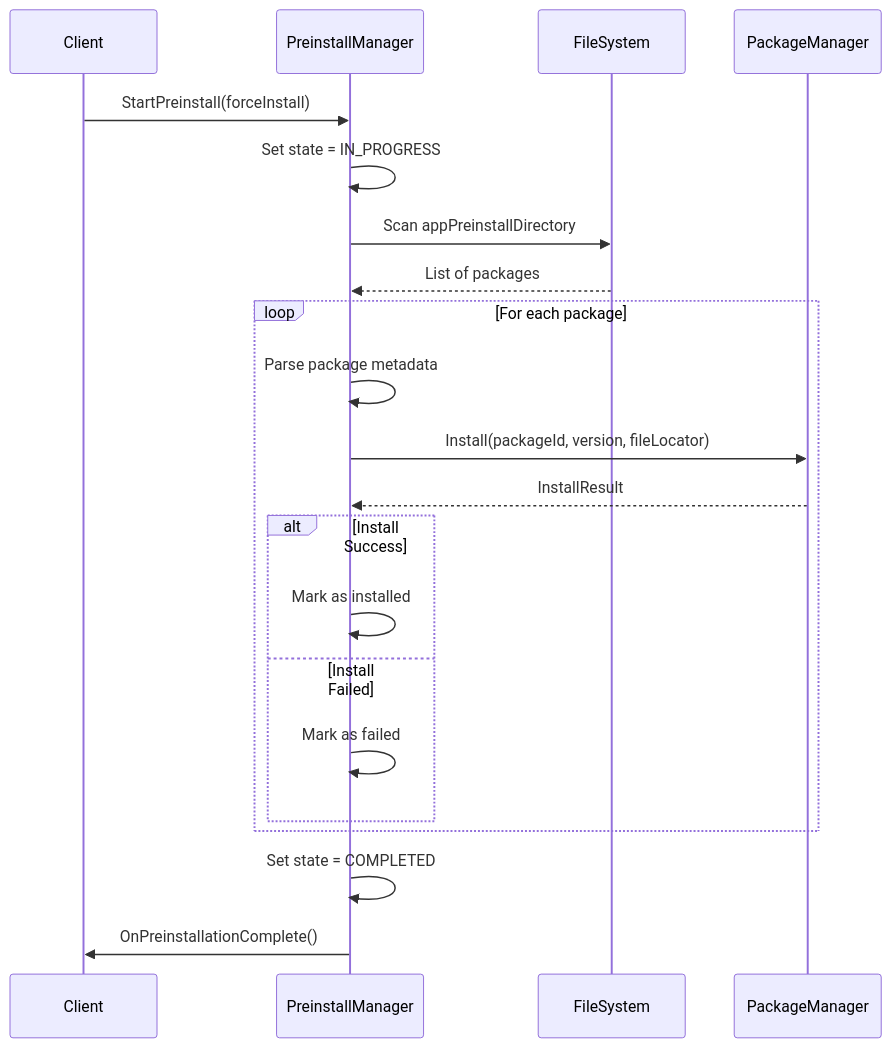
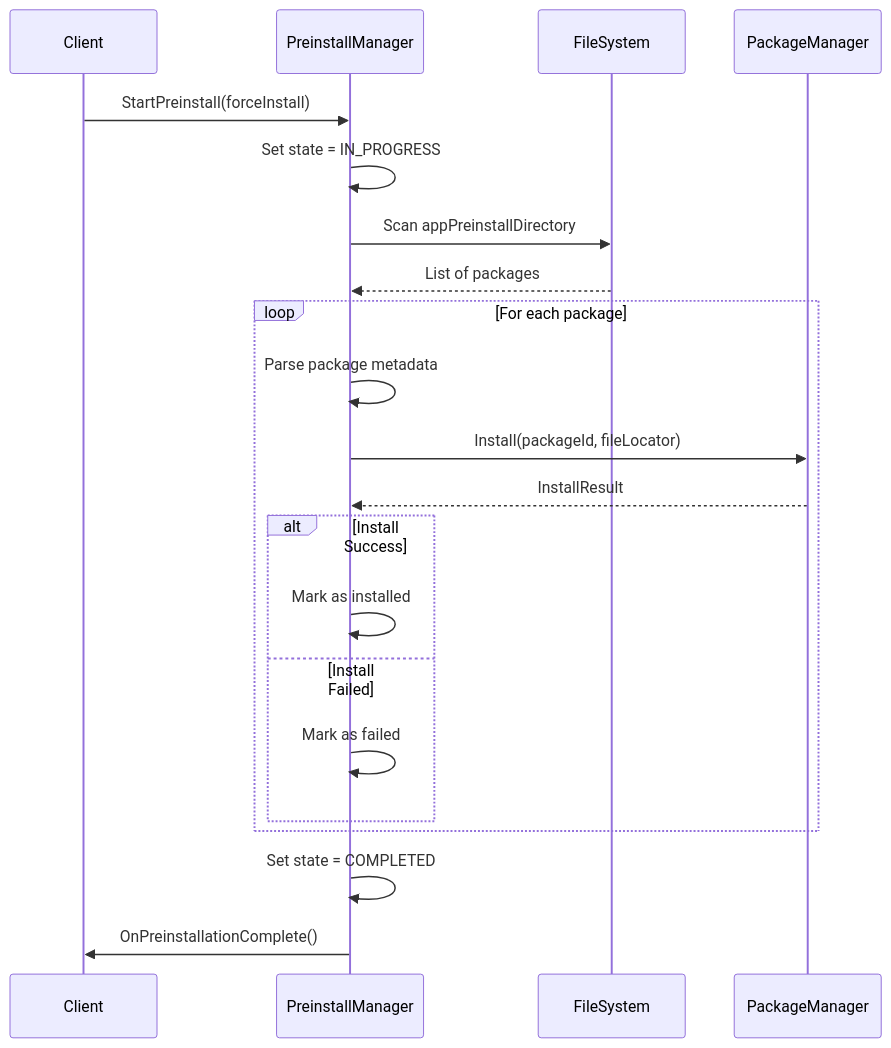
Before and after one commit to rdkcentral/entservices-appmanagers: the second of 5 diagrams in PreinstallManager/PreinstallManager.md, drawn with Mermaid. The commit also changed 19 other files, not shown here.

Commit message:
RDKEMW-26919: Remove Deprecated version Parameter from AppPackageManager APIs

````diff
--- a/PreinstallManager/PreinstallManager.md
+++ b/PreinstallManager/PreinstallManager.md
@@ -145,26 +145,26 @@
 ```mermaid
 sequenceDiagram
     participant Client
     participant PM as PreinstallManager
     participant FS as FileSystem
     participant PKG as PackageManager
 
     Client->>PM: StartPreinstall(forceInstall)
     PM->>PM: Set state = IN_PROGRESS
     PM->>FS: Scan appPreinstallDirectory
     FS-->>PM: List of packages
 
     loop For each package
         PM->>PM: Parse package metadata
-        PM->>PKG: Install(packageId, version, fileLocator)
+        PM->>PKG: Install(packageId, fileLocator)
         PKG-->>PM: InstallResult
         alt Install Success
             PM->>PM: Mark as installed
         else Install Failed
             PM->>PM: Mark as failed
         end
     end
 
     PM->>PM: Set state = COMPLETED
     PM->>Client: OnPreinstallationComplete()
 ```
````
